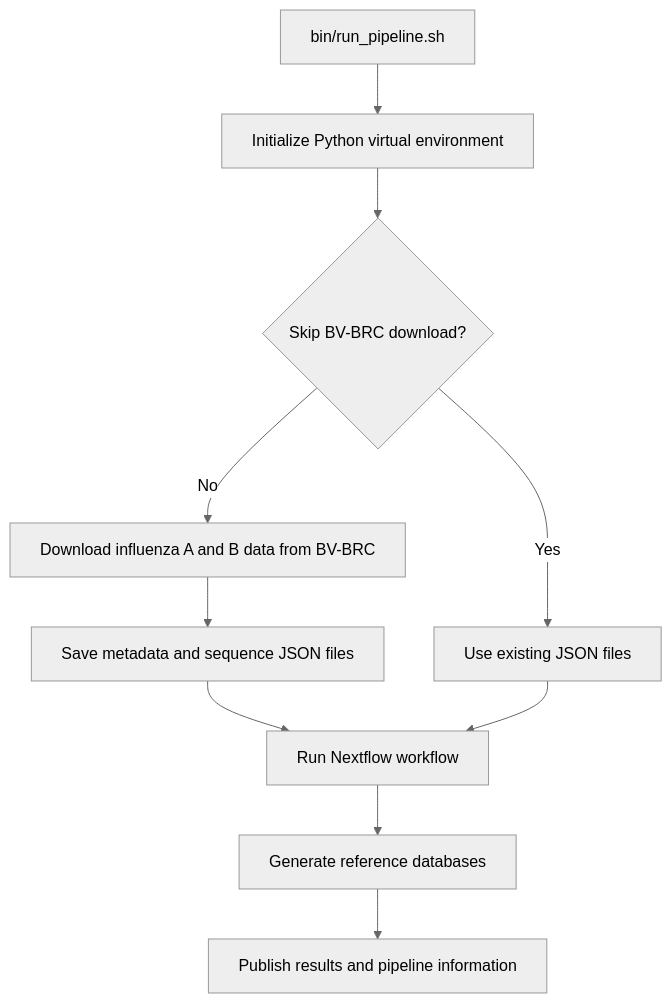
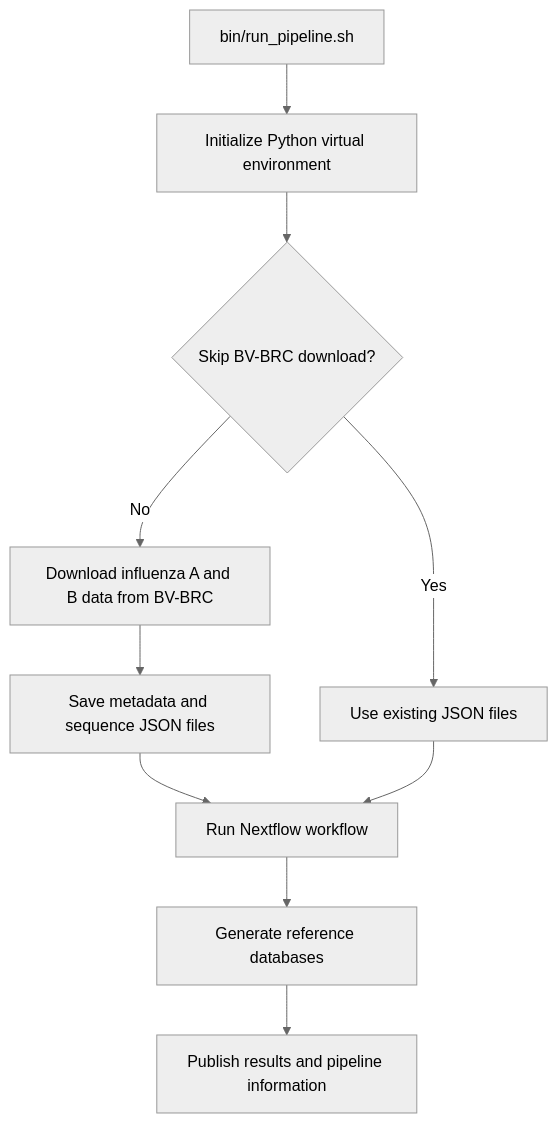
The first of 2 diagrams in README.md (xiaoli-dong/fluab-reference-db), drawn with Mermaid (neutral theme) before and after one commit. The commit also changed other lines of this file, not shown here.

````diff
--- a/README.md
+++ b/README.md
@@ -27,16 +30,15 @@
 ```mermaid
-%%{init: {"flowchart": {"wrappingWidth": 350}}}%%
-flowchart TB
+flowchart TD
     A["bin/run_pipeline.sh"] --> B["Initialize Python virtual environment"]
     B --> C{"Skip BV-BRC download?"}
 
     C -->|No| D["Download influenza A and B data from BV-BRC"]
     C -->|Yes| E["Use existing JSON files"]
 
     D --> F["Save metadata and sequence JSON files"]
     F --> G["Run Nextflow workflow"]
     E --> G
 
     G --> H["Generate reference databases"]
     H --> I["Publish results and pipeline information"]
 ```
````
